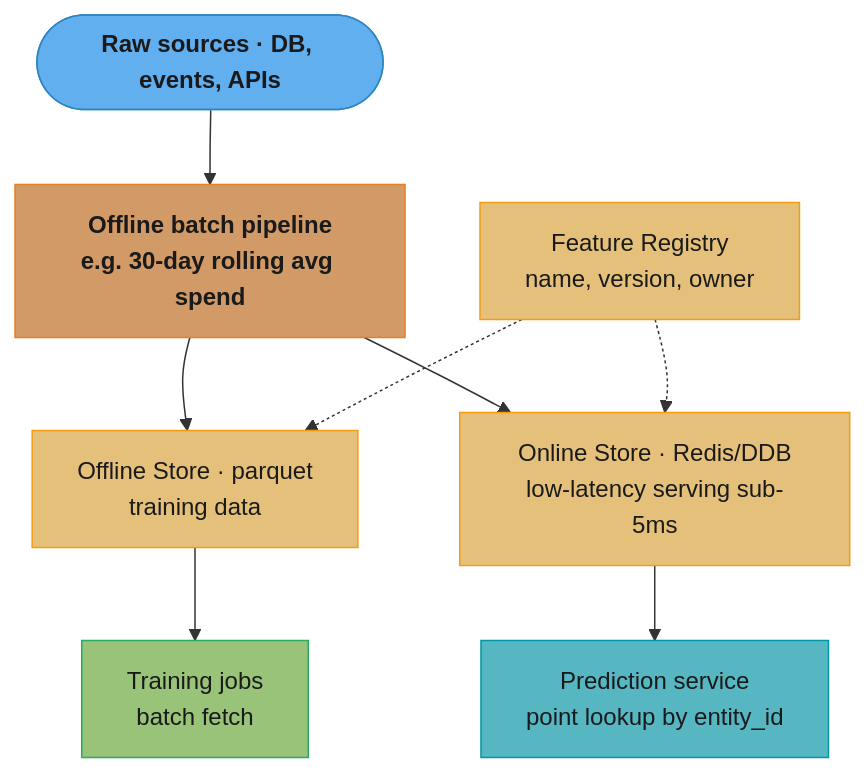
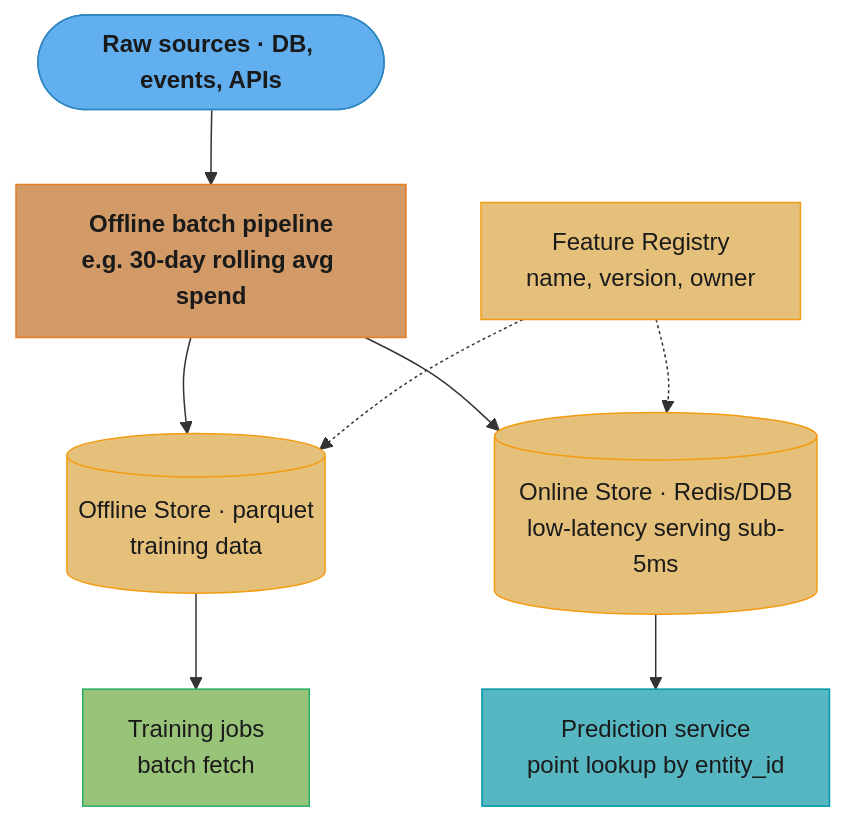
Before and after one commit to rppol/system-design: the third of 5 diagrams in src/main/java/com/rutik/systemdesign/ml/feature_engineering/README.md, drawn with Mermaid.

Commit message:
chore(diagrams): product logos + ascii sweep in feature_engineering/README.md

````diff
--- a/src/main/java/com/rutik/systemdesign/ml/feature_engineering/README.md
+++ b/src/main/java/com/rutik/systemdesign/ml/feature_engineering/README.md
@@ -152,24 +152,24 @@
 ```mermaid
 flowchart TD
     classDef io      fill:#61afef,stroke:#2e86c1,color:#1a1a1a,font-weight:bold
     classDef frozen  fill:#c678dd,stroke:#9b59b6,color:#fff
     classDef train   fill:#98c379,stroke:#27ae60,color:#1a1a1a
     classDef mathOp  fill:#d19a66,stroke:#e67e22,color:#1a1a1a,font-weight:bold
     classDef lossN   fill:#e06c75,stroke:#c0392b,color:#fff,font-weight:bold
     classDef req     fill:#56b6c2,stroke:#0097a7,color:#1a1a1a
     classDef base    fill:#e5c07b,stroke:#f39c12,color:#1a1a1a
 
     src([Raw sources · DB, events, APIs]) --> compute["Offline batch pipeline\ne.g. 30-day rolling avg spend"]
-    compute --> off["Offline Store · parquet\ntraining data"]
-    compute --> on["Online Store · Redis/DDB\nlow-latency serving sub-5ms"]
+    compute --> off[("Offline Store · parquet\ntraining data")]
+    compute --> on[("Online Store · Redis/DDB\nlow-latency serving sub-5ms")]
     reg["Feature Registry\nname, version, owner"] -.-> off
     reg -.-> on
     off --> tj["Training jobs\nbatch fetch"]
     on --> ps["Prediction service\npoint lookup by entity_id"]
 
     class src io
     class compute mathOp
     class off,on,reg base
     class tj train
     class ps req
 ```
````
